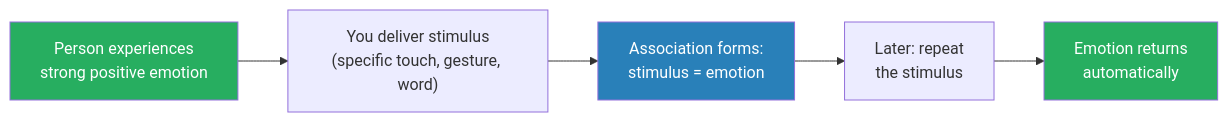
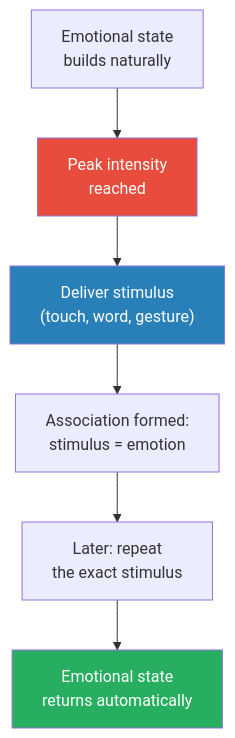
Before and after one commit to alius33/reader: the sixth of 6 diagrams in summaries/Power & Influence/The Art of Reading Minds - Henrik Fexeus.md, drawn with Mermaid. The commit also changed other lines of this file and 272 other files, not shown here.

````diff
--- a/summaries/Power & Influence/The Art of Reading Minds - Henrik Fexeus.md
+++ b/summaries/Power & Influence/The Art of Reading Minds - Henrik Fexeus.md
@@ -370,10 +885,11 @@
 ```mermaid
-flowchart LR
-    A["Person experiences\nstrong positive emotion"] --> B["You deliver stimulus\n(specific touch, gesture, word)"]
-    B --> C["Association forms:\nstimulus = emotion"]
-    C --> D["Later: repeat\nthe stimulus"]
-    D --> E["Emotion returns\nautomatically"]
-    style A fill:#27ae60,color:#fff
+flowchart TD
+    A["Emotional state<br>builds naturally"] --> B["Peak intensity<br>reached"]
+    B --> C["Deliver stimulus<br>(touch, word, gesture)"]
+    C --> D["Association formed:<br>stimulus = emotion"]
+    D --> E["Later: repeat<br>the exact stimulus"]
+    E --> F["Emotional state<br>returns automatically"]
+    style B fill:#e74c3c,color:#fff
     style C fill:#2980b9,color:#fff
-    style E fill:#27ae60,color:#fff
+    style F fill:#27ae60,color:#fff
 ```
````
